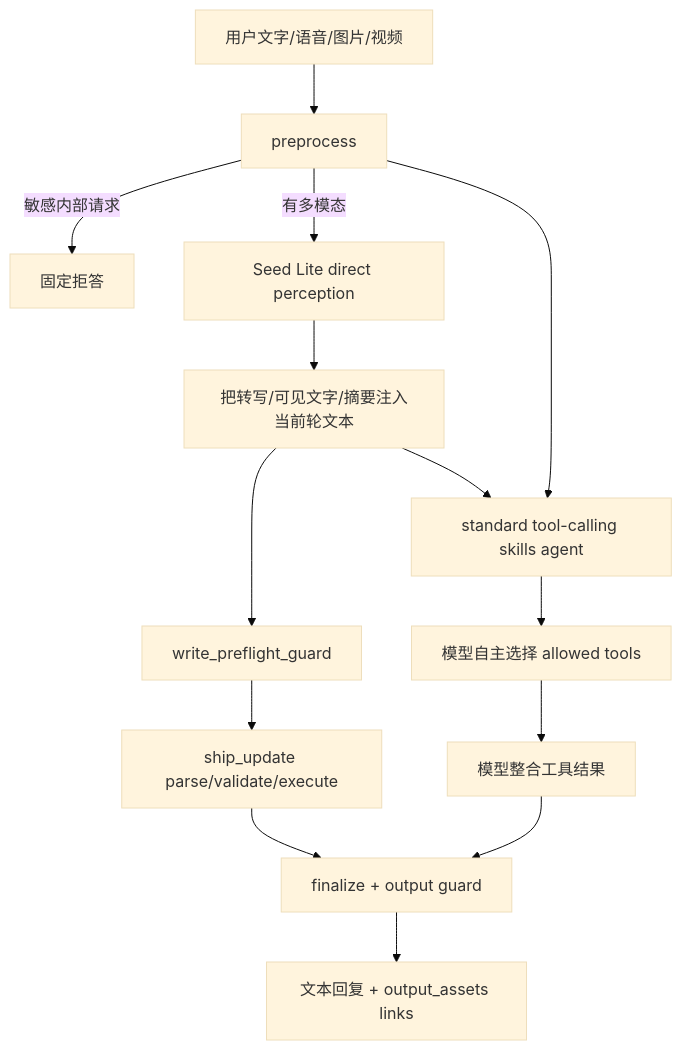
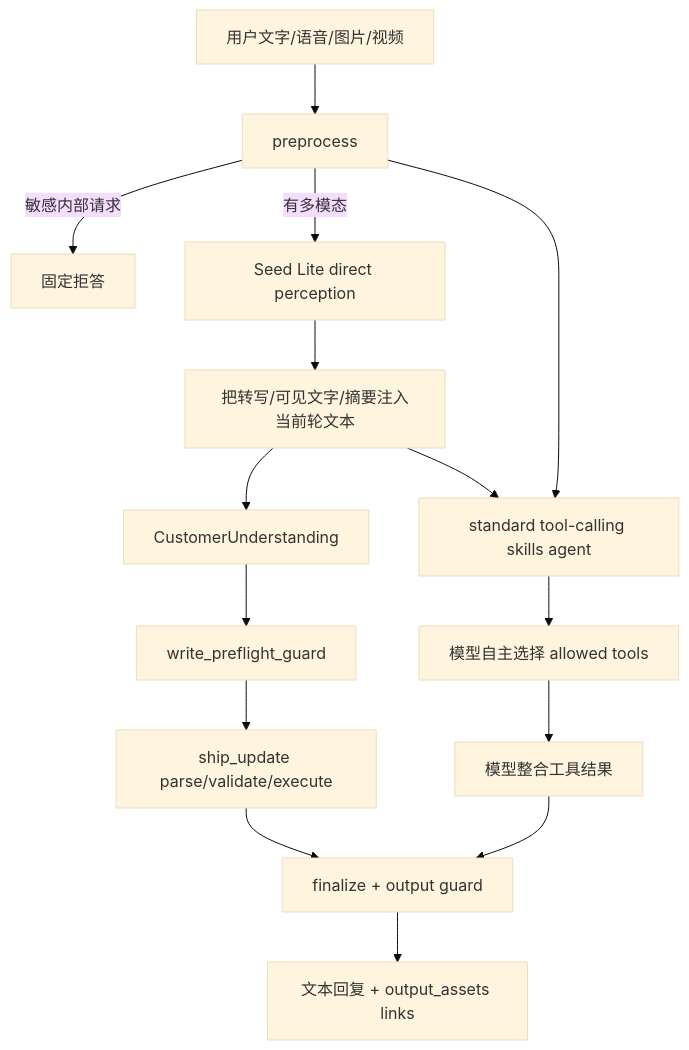
One commit to lr12338/hifleet-agent changed the second of 3 diagrams in docs/AGENT_TECHNICAL_DOCUMENTATION.md. Above: the diagram before and after it, drawn with Mermaid (base theme). The commit also changed other lines of this file and 18 other files, not shown here.

````diff
--- a/docs/AGENT_TECHNICAL_DOCUMENTATION.md
+++ b/docs/AGENT_TECHNICAL_DOCUMENTATION.md
@@ -85,16 +86,17 @@
 ```mermaid
 flowchart TD
     Msg[用户文字/语音/图片/视频] --> Pre[preprocess]
     Pre -->|敏感内部请求| Refuse[固定拒答]
     Pre -->|有多模态| Perception[Seed Lite direct perception]
     Perception --> Rewrite[把转写/可见文字/摘要注入当前轮文本]
-    Rewrite --> WriteGuard[write_preflight_guard]
+    Rewrite --> Understanding[CustomerUnderstanding]
+    Understanding --> WriteGuard[write_preflight_guard]
     Pre --> Delegate[standard tool-calling skills agent]
     Rewrite --> Delegate
     WriteGuard --> ShipUpdate[ship_update parse/validate/execute]
     ShipUpdate --> Finalize[finalize + output guard]
     Delegate --> Tools[模型自主选择 allowed tools]
     Tools --> Answer[模型整合工具结果]
     Answer --> Finalize[finalize + output guard]
     Finalize --> Reply[文本回复 + output_assets links]
 ```
````
